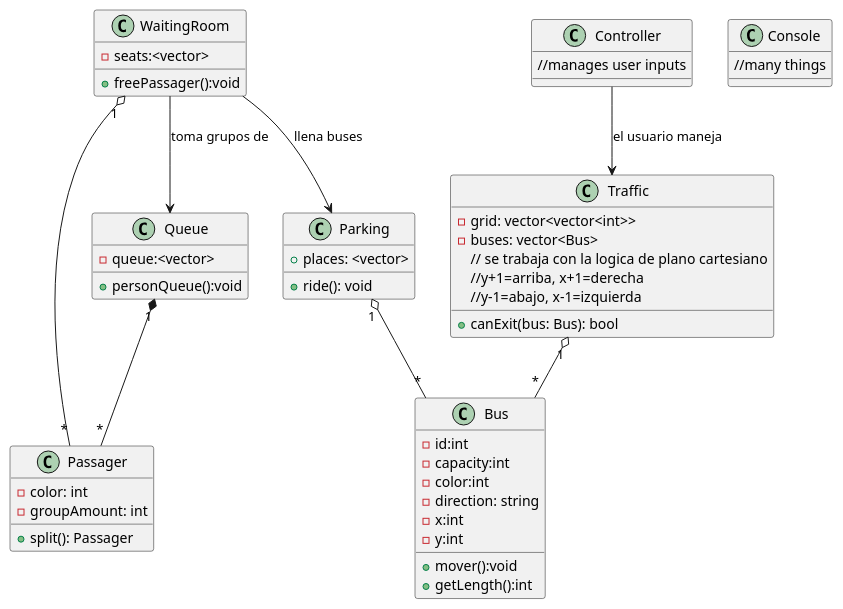
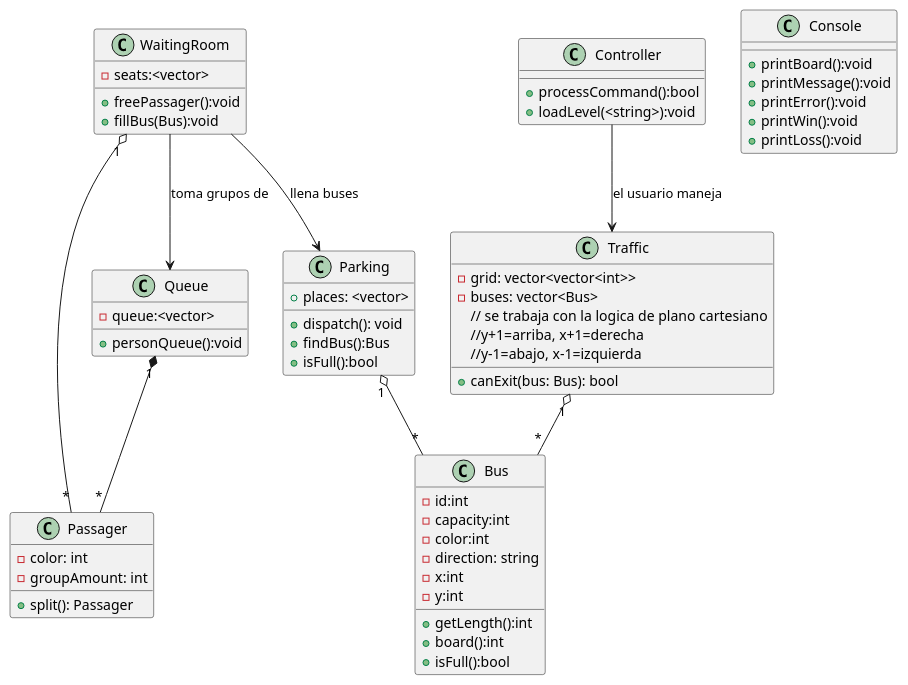
The diagram in diagramas/arquitectura.puml (4l0nsoo/Busfever-proyectoPOO), drawn with PlantUML before and after one commit. The commit also changed 7 other files, not shown here.

```diff
--- a/diagramas/arquitectura.puml
+++ b/diagramas/arquitectura.puml
@@ -1,58 +1,67 @@
 @startuml arquitectura
 
     class Bus{
         - id:int
         - capacity:int
         - color:int 
         - direction: string
         - x:int
         - y:int
-        + mover():void 
         + getLength():int
+        + board():int
+        + isFull():bool
     }
     
     class Passager{
         - color: int
         - groupAmount: int
         + split(): Passager
     }
 
     class Parking{
         + places: <vector>
-        + ride(): void
+        + dispatch(): void
+        + findBus():Bus
+        + isFull():bool
     }
 
     class Traffic{
         - grid: vector<vector<int>>
         - buses: vector<Bus>
         + canExit(bus: Bus): bool
         // se trabaja con la logica de plano cartesiano
         //y+1=arriba, x+1=derecha
         //y-1=abajo, x-1=izquierda
     }
 
     class Queue{
         - queue:<vector>
         + personQueue():void
     }
 
     class WaitingRoom{
         - seats:<vector>
         + freePassager():void
+        + fillBus(Bus):void
     }
 
     class Console{
-        //many things
+        + printBoard():void
+        + printMessage():void
+        + printError():void
+        + printWin():void
+        + printLoss():void
     }
 
     class Controller{
-        //manages user inputs
+        + processCommand():bool
+        + loadLevel(<string>):void 
     }
     Traffic "1" o-- "*" Bus
     Queue "1" *-- "*" Passager
     Parking "1" o-- "*" Bus
     WaitingRoom --> Parking : llena buses
     WaitingRoom --> Queue : toma grupos de
     Controller --> Traffic : el usuario maneja
     WaitingRoom "1" o-- "*" Passager
 @enduml
```
